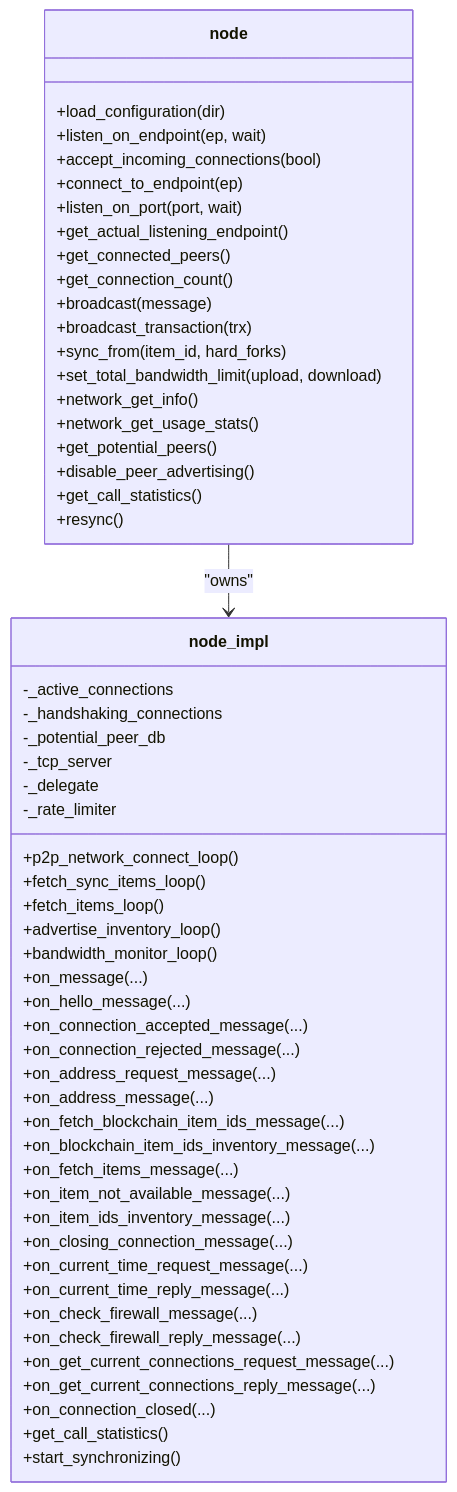
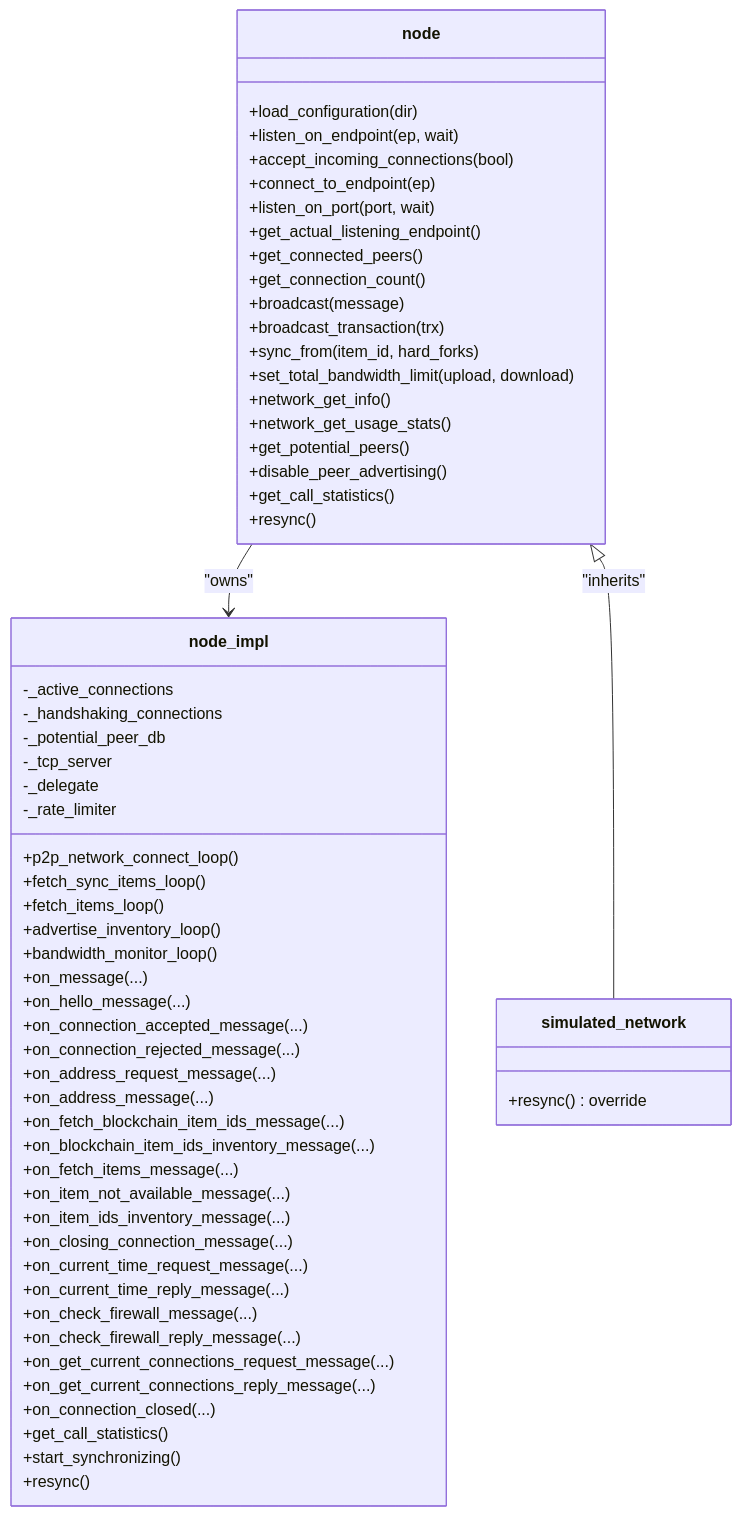
Before and after one commit to VIZ-Blockchain/viz-cpp-node: the third of 13 diagrams in .qoder/repowiki/en/content/Architecture Overview/Core Libraries/Network Library/Network Library.md, drawn with Mermaid. The commit also changed other lines of this file and 3 other files, not shown here.

First line of the commit message:
docs(network): document virtual resync() method for programmatic sync control

````diff
--- a/.qoder/repowiki/en/content/Architecture Overview/Core Libraries/Network Library/Network Library.md
+++ b/.qoder/repowiki/en/content/Architecture Overview/Core Libraries/Network Library/Network Library.md
@@ -200,58 +204,63 @@
 ```mermaid
 classDiagram
 class node {
 +load_configuration(dir)
 +listen_on_endpoint(ep, wait)
 +accept_incoming_connections(bool)
 +connect_to_endpoint(ep)
 +listen_on_port(port, wait)
 +get_actual_listening_endpoint()
 +get_connected_peers()
 +get_connection_count()
 +broadcast(message)
 +broadcast_transaction(trx)
 +sync_from(item_id, hard_forks)
 +set_total_bandwidth_limit(upload, download)
 +network_get_info()
 +network_get_usage_stats()
 +get_potential_peers()
 +disable_peer_advertising()
 +get_call_statistics()
 +resync()
 }
 class node_impl {
 -_active_connections
 -_handshaking_connections
 -_potential_peer_db
 -_tcp_server
 -_delegate
 -_rate_limiter
 +p2p_network_connect_loop()
 +fetch_sync_items_loop()
 +fetch_items_loop()
 +advertise_inventory_loop()
 +bandwidth_monitor_loop()
 +on_message(...)
 +on_hello_message(...)
 +on_connection_accepted_message(...)
 +on_connection_rejected_message(...)
 +on_address_request_message(...)
 +on_address_message(...)
 +on_fetch_blockchain_item_ids_message(...)
 +on_blockchain_item_ids_inventory_message(...)
 +on_fetch_items_message(...)
 +on_item_not_available_message(...)
 +on_item_ids_inventory_message(...)
 +on_closing_connection_message(...)
 +on_current_time_request_message(...)
 +on_current_time_reply_message(...)
 +on_check_firewall_message(...)
 +on_check_firewall_reply_message(...)
 +on_get_current_connections_request_message(...)
 +on_get_current_connections_reply_message(...)
 +on_connection_closed(...)
 +get_call_statistics()
 +start_synchronizing()
++resync()
+}
+class simulated_network {
++resync() override
 }
 node --> node_impl : "owns"
+node <|-- simulated_network : "inherits"
 ```
````
